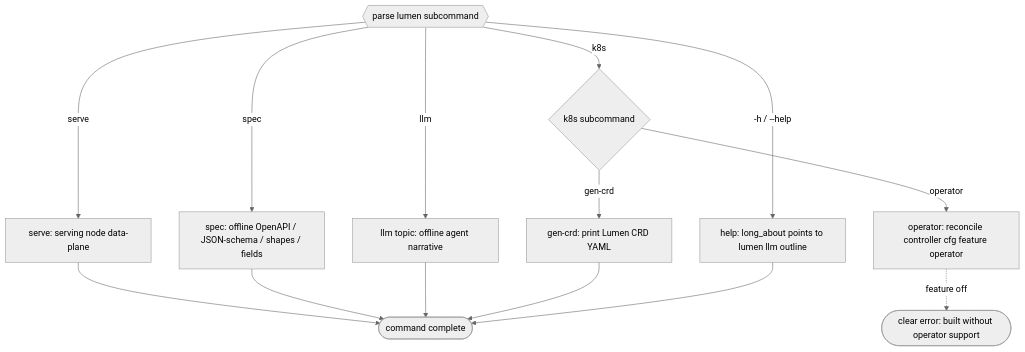
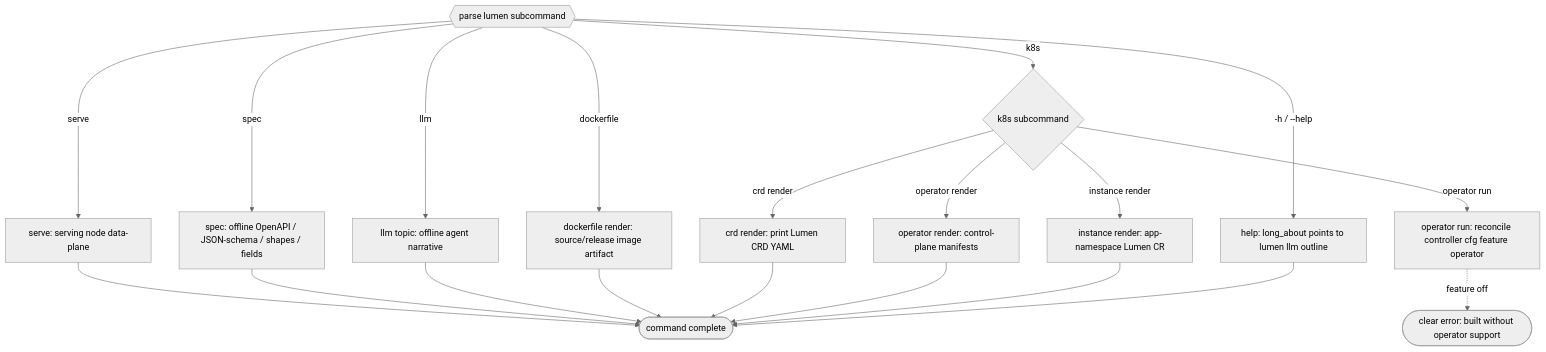
The first of 2 diagrams in projects/lumen/tech-design/interfaces/cli/lumen-cli-consolidation-single-binary-serve-spec-llm-k8s-operato.md (chrischeng-c4/axiom), drawn with Mermaid (neutral theme) before and after one commit. The commit also changed other lines of this file and 84 other files, not shown here.

Commit message:
feat(lumen): add dockerfile and layered k8s surfaces

````diff
--- a/projects/lumen/tech-design/interfaces/cli/lumen-cli-consolidation-single-binary-serve-spec-llm-k8s-operato.md
+++ b/projects/lumen/tech-design/interfaces/cli/lumen-cli-consolidation-single-binary-serve-spec-llm-k8s-operato.md
@@ -97,45 +97,60 @@
 ```mermaid
 ---
 id: lumen-cli-dispatch
 entry: parse
 nodes:
   parse: {kind: start, label: "parse lumen subcommand"}
   serve: {kind: process, label: "serve: run serving node (data-plane)"}
   spec: {kind: process, label: "spec: offline OpenAPI / JSON-schema / shapes / fields"}
   llm: {kind: process, label: "llm <topic>: offline agent narrative (outline=entry)"}
+  dockerfile: {kind: process, label: "dockerfile render: source/release image artifact"}
   k8s: {kind: decision, label: "k8s subcommand"}
-  operator: {kind: process, label: "k8s operator: reconcile controller (cfg feature=operator)"}
-  gencrd: {kind: process, label: "k8s gen-crd: print Lumen CRD YAML"}
+  crd: {kind: process, label: "k8s crd render: print Lumen CRD YAML"}
+  operator_render: {kind: process, label: "k8s operator render: control-plane manifests"}
+  operator_run: {kind: process, label: "k8s operator run: reconcile controller (cfg feature=operator)"}
+  instance: {kind: process, label: "k8s instance render: app-namespace Lumen CR"}
   help: {kind: process, label: "--help: long_about points to 'lumen llm outline'"}
   nofeat: {kind: terminal, label: "clear error: built without operator support"}
   done: {kind: terminal, label: "command complete"}
 edges:
   - {from: parse, to: serve, label: "serve"}
   - {from: parse, to: spec, label: "spec"}
   - {from: parse, to: llm, label: "llm"}
+  - {from: parse, to: dockerfile, label: "dockerfile"}
   - {from: parse, to: k8s, label: "k8s"}
   - {from: parse, to: help, label: "-h/--help"}
-  - {from: k8s, to: operator, label: "operator"}
-  - {from: k8s, to: gencrd, label: "gen-crd"}
-  - {from: operator, to: nofeat, label: "feature off"}
+  - {from: k8s, to: crd, label: "crd render"}
+  - {from: k8s, to: operator_render, label: "operator render"}
+  - {from: k8s, to: operator_run, label: "operator run"}
+  - {from: k8s, to: instance, label: "instance render"}
+  - {from: operator_run, to: nofeat, label: "feature off"}
   - {from: serve, to: done}
   - {from: spec, to: done}
   - {from: llm, to: done}
-  - {from: gencrd, to: done}
+  - {from: dockerfile, to: done}
+  - {from: crd, to: done}
+  - {from: operator_render, to: done}
+  - {from: instance, to: done}
   - {from: help, to: done}
 ---
 flowchart TD
     parse{{parse lumen subcommand}} -->|serve| serve[serve: serving node data-plane]
     parse -->|spec| spec[spec: offline OpenAPI / JSON-schema / shapes / fields]
     parse -->|llm| llm[llm topic: offline agent narrative]
+    parse -->|dockerfile| dockerfile[dockerfile render: source/release image artifact]
     parse -->|k8s| k8s{k8s subcommand}
     parse -->|-h / --help| help[help: long_about points to lumen llm outline]
-    k8s -->|operator| operator[operator: reconcile controller cfg feature operator]
-    k8s -->|gen-crd| gencrd[gen-crd: print Lumen CRD YAML]
-    operator -. feature off .-> nofeat([clear error: built without operator support])
+    k8s -->|crd render| crd[crd render: print Lumen CRD YAML]
+    k8s -->|operator render| operator_render[operator render: control-plane manifests]
+    k8s -->|operator run| operator_run[operator run: reconcile controller cfg feature operator]
+    k8s -->|instance render| instance[instance render: app-namespace Lumen CR]
+    operator_run -. feature off .-> nofeat([clear error: built without operator support])
     serve --> done([command complete])
     spec --> done
     llm --> done
-    gencrd --> done
+    dockerfile --> done
+    crd --> done
+    operator_render --> done
+    instance --> done
     help --> done
 ```
````
